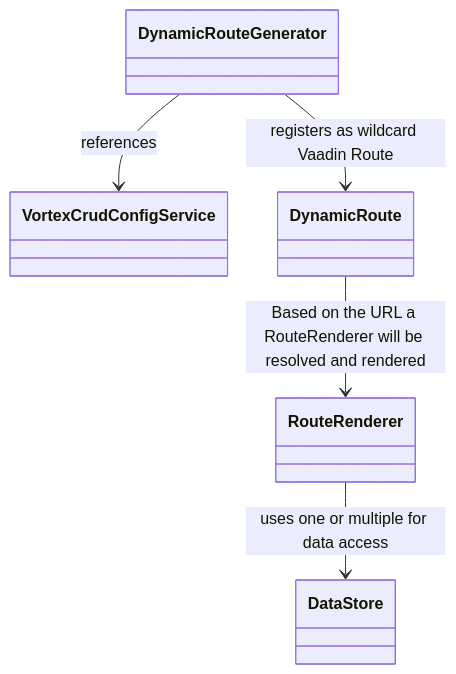
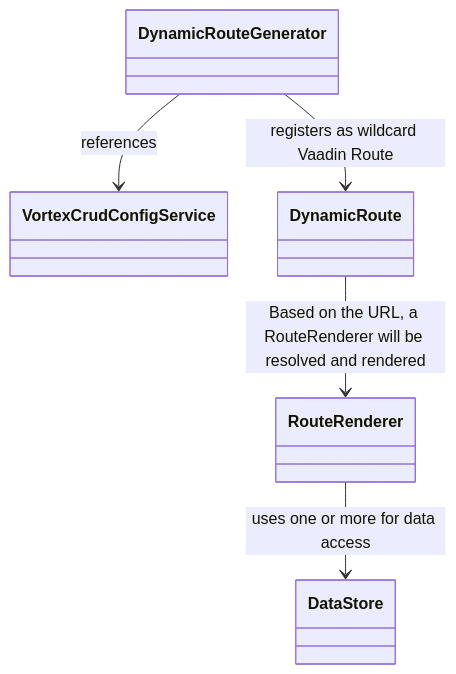
One commit to appreciated/vortex-crud changed the first of 3 diagrams in README.md. Above: the diagram before and after it, drawn with Mermaid. The commit also changed other lines of this file, not shown here.

````diff
--- a/README.md
+++ b/README.md
@@ -253,12 +252,12 @@
 ```mermaid
 classDiagram
     class VortexCrudConfigService
     class DynamicRouteGenerator
     class RouteRenderer
     class DataStore
 
     DynamicRouteGenerator --> VortexCrudConfigService: references
     DynamicRouteGenerator --> DynamicRoute: registers as wildcard Vaadin Route
-    DynamicRoute --> RouteRenderer: Based on the URL a RouteRenderer will be resolved and rendered
-    RouteRenderer --> DataStore: uses one or multiple for data access
+    DynamicRoute --> RouteRenderer: Based on the URL, a RouteRenderer will be resolved and rendered
+    RouteRenderer --> DataStore: uses one or more for data access
 ```
````
